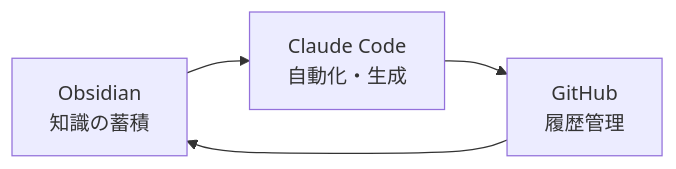
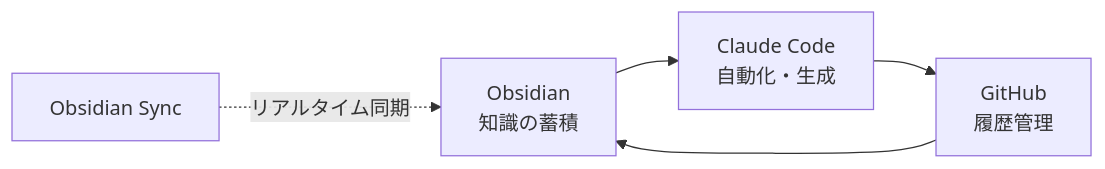
The diagram in documents/10_summary.md (ayies128/obsidian_presentation), drawn with Mermaid before and after one commit. The commit also changed other lines of this file and 9 other files, not shown here.

````diff
--- a/documents/10_summary.md
+++ b/documents/10_summary.md
@@ -16,6 +16,7 @@
 ```mermaid
 graph LR
     A[Obsidian<br/>知識の蓄積] --> B[Claude Code<br/>自動化・生成]
     B --> C[GitHub<br/>履歴管理]
     C --> A
+    D[Obsidian Sync] -.->|リアルタイム同期| A
 ```
````
